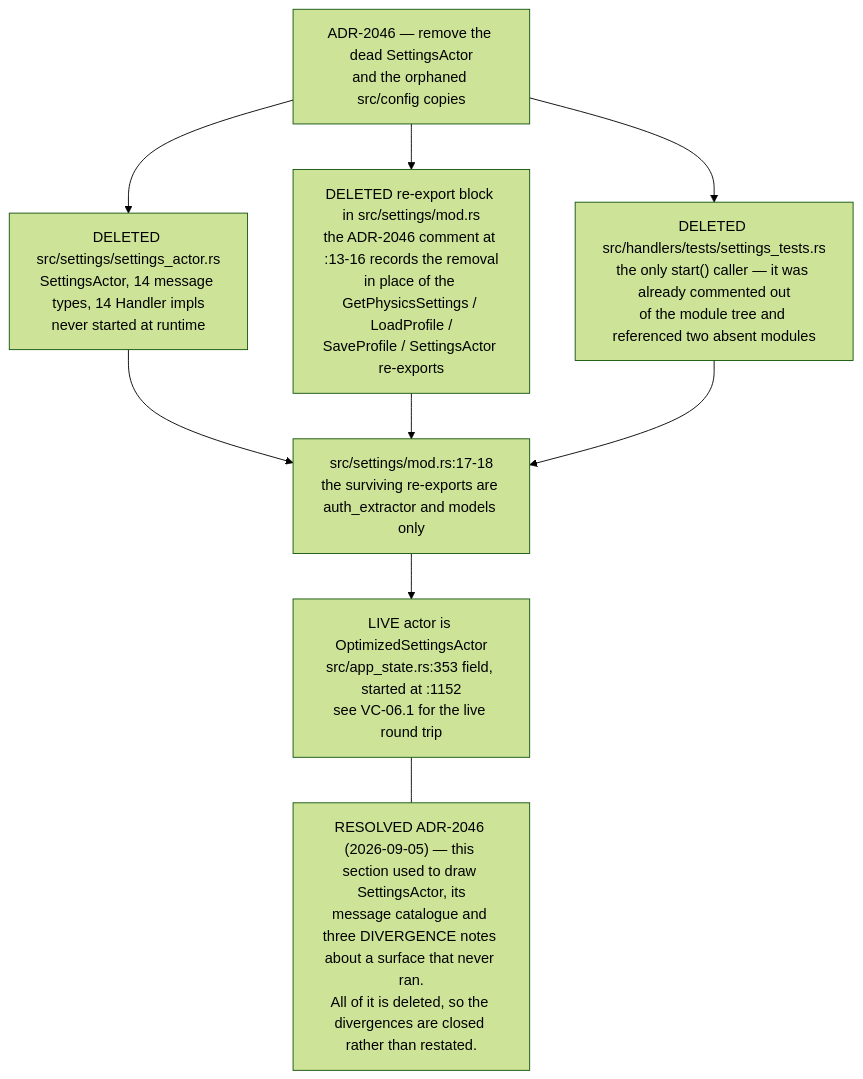
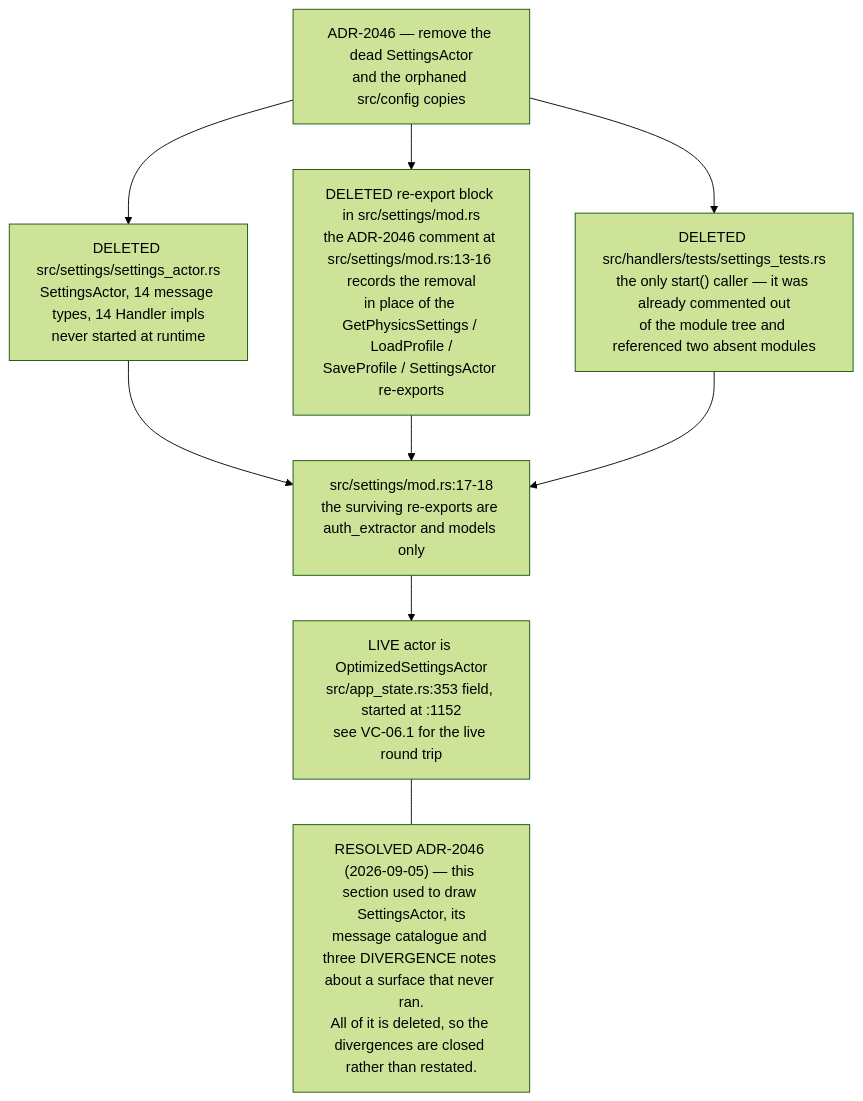
Before and after one commit to DreamLab-AI/VisionFlow: the tenth of 10 diagrams in docs/diagrams/visionclaw/06-settings-round-trip.md, drawn with Mermaid (forest theme). The commit also changed other lines of this file and 52 other files, not shown here.

First line of the commit message:
docs(diagrams): wave 3 checkpoint — bare line refs resolved, revision-pinned cite-check, VC-05/AB-01..13 re-attested

````diff
--- a/docs/diagrams/visionclaw/06-settings-round-trip.md
+++ b/docs/diagrams/visionclaw/06-settings-round-trip.md
@@ -327,20 +329,20 @@
 ```mermaid
 flowchart TB
     ADR["ADR-2046 — remove the dead SettingsActor<br/>and the orphaned src/config copies"]
     SA["DELETED src/settings/settings_actor.rs<br/>SettingsActor, 14 message types, 14 Handler impls<br/>never started at runtime"]
-    EXP["DELETED re-export block in src/settings/mod.rs<br/>the ADR-2046 comment at :13-16 records the removal<br/>in place of the GetPhysicsSettings / LoadProfile /<br/>SaveProfile / SettingsActor re-exports"]
+    EXP["DELETED re-export block in src/settings/mod.rs<br/>the ADR-2046 comment at src/settings/mod.rs:13-16 records the removal<br/>in place of the GetPhysicsSettings / LoadProfile /<br/>SaveProfile / SettingsActor re-exports"]
     TST["DELETED src/handlers/tests/settings_tests.rs<br/>the only start() caller — it was already commented out<br/>of the module tree and referenced two absent modules"]
     MOD["src/settings/mod.rs:17-18<br/>the surviving re-exports are auth_extractor and models only"]
     LIVE["LIVE actor is OptimizedSettingsActor<br/>src/app_state.rs:353 field, started at :1152<br/>see VC-06.1 for the live round trip"]
 
     ADR --> SA
     ADR --> EXP
     ADR --> TST
     SA --> MOD
     EXP --> MOD
     TST --> MOD
     MOD --> LIVE
 
     N1["RESOLVED ADR-2046 (2026-09-05) — this section used to draw SettingsActor, its<br/>message catalogue and three DIVERGENCE notes about a surface that never ran.<br/>All of it is deleted, so the divergences are closed rather than restated."]
     LIVE --- N1
 ```
````
